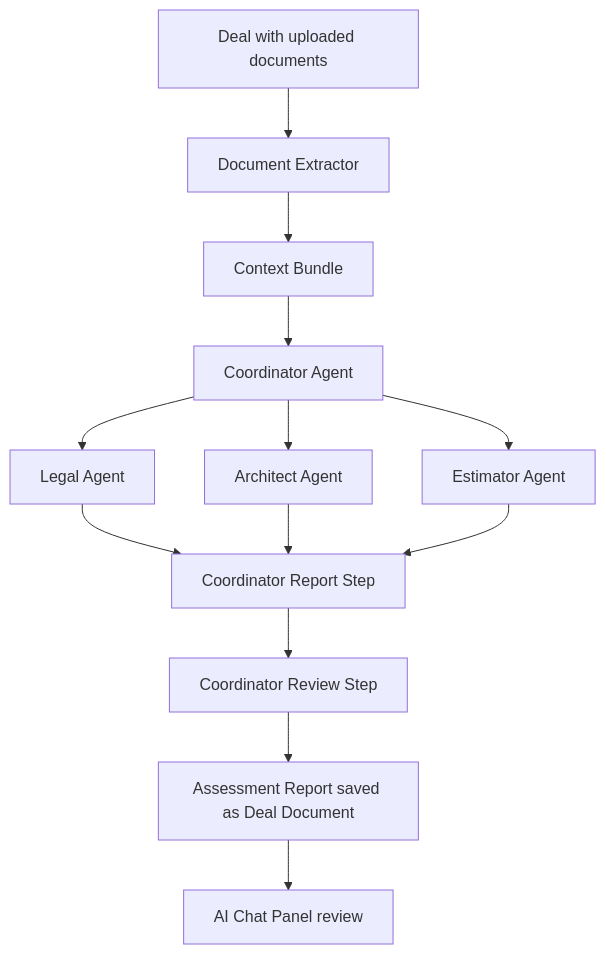
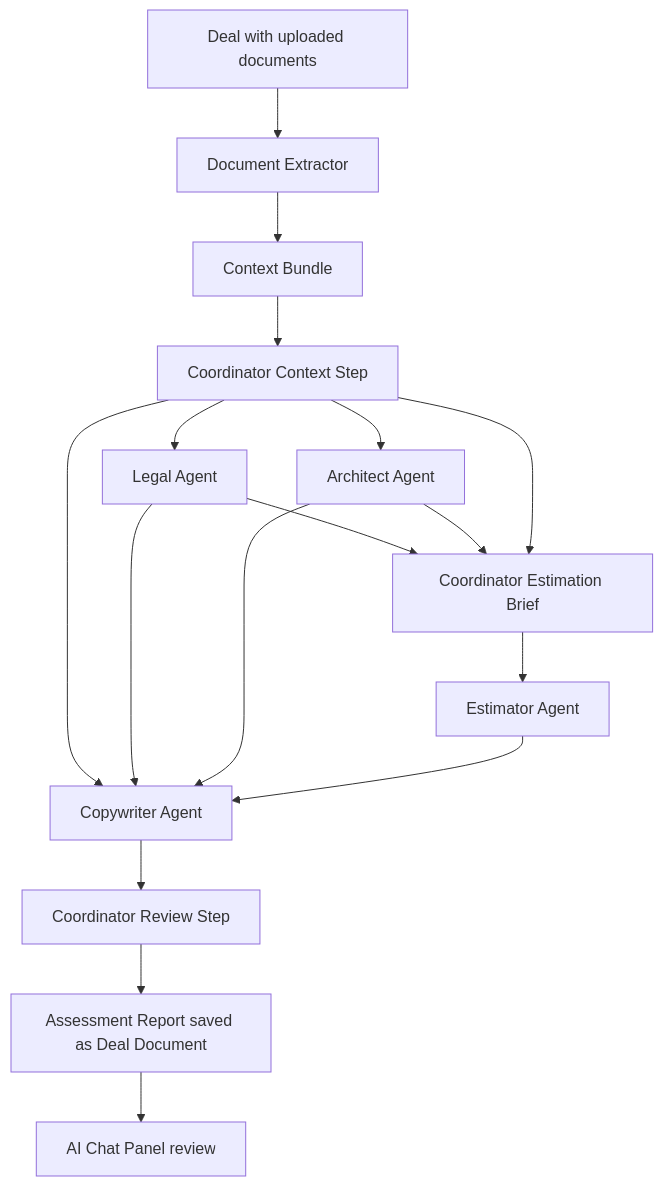
The diagram in README.md (zc84/RFPulse), drawn with Mermaid before and after one commit. The commit also changed other lines of this file and 45 other files, not shown here.

````diff
--- a/README.md
+++ b/README.md
@@ -59,15 +60,19 @@
 ```mermaid
 flowchart TD
     A[Deal with uploaded documents] --> B[Document Extractor]
     B --> C[Context Bundle]
-    C --> D[Coordinator Agent]
+    C --> D[Coordinator Context Step]
     D --> E[Legal Agent]
     D --> F[Architect Agent]
-    D --> G[Estimator Agent]
-    E --> H[Coordinator Report Step]
-    F --> H
-    G --> H
-    H --> I[Coordinator Review Step]
-    I --> J[Assessment Report saved as Deal Document]
-    J --> K[AI Chat Panel review]
+    E --> G[Coordinator Estimation Brief]
+    F --> G
+    D --> G
+    G --> H[Estimator Agent]
+    D --> I[Copywriter Agent]
+    E --> I
+    F --> I
+    H --> I
+    I --> J[Coordinator Review Step]
+    J --> K[Assessment Report saved as Deal Document]
+    K --> L[AI Chat Panel review]
 ```
````
